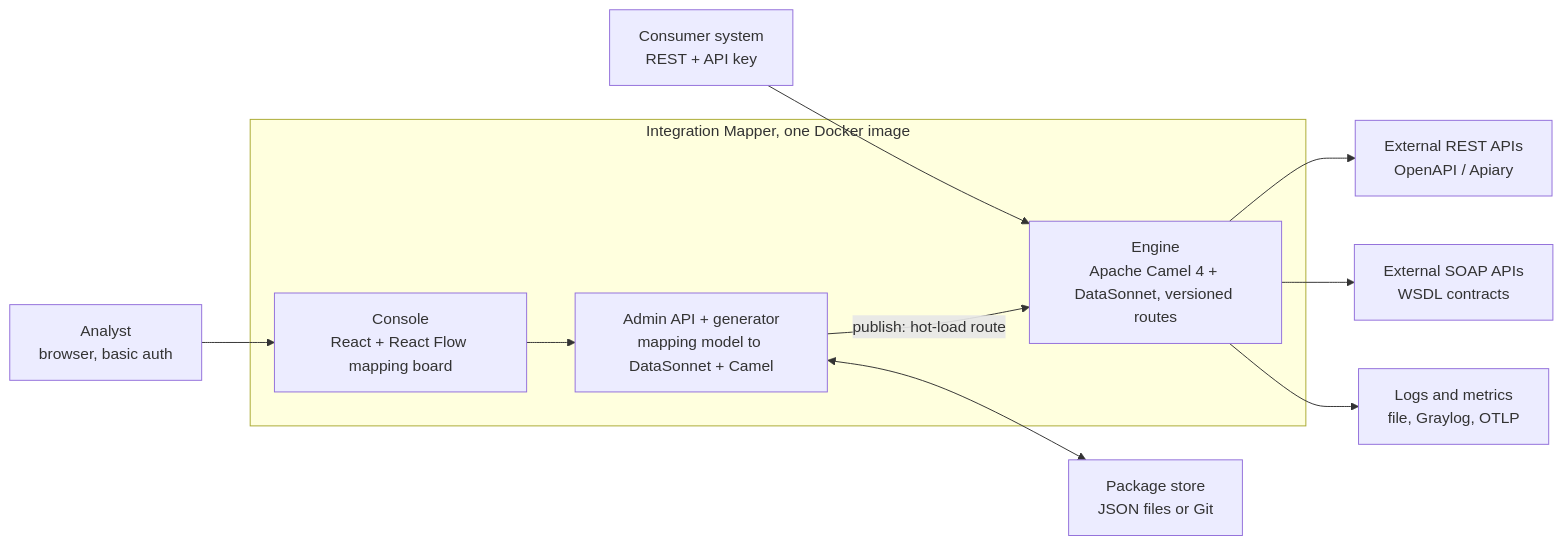
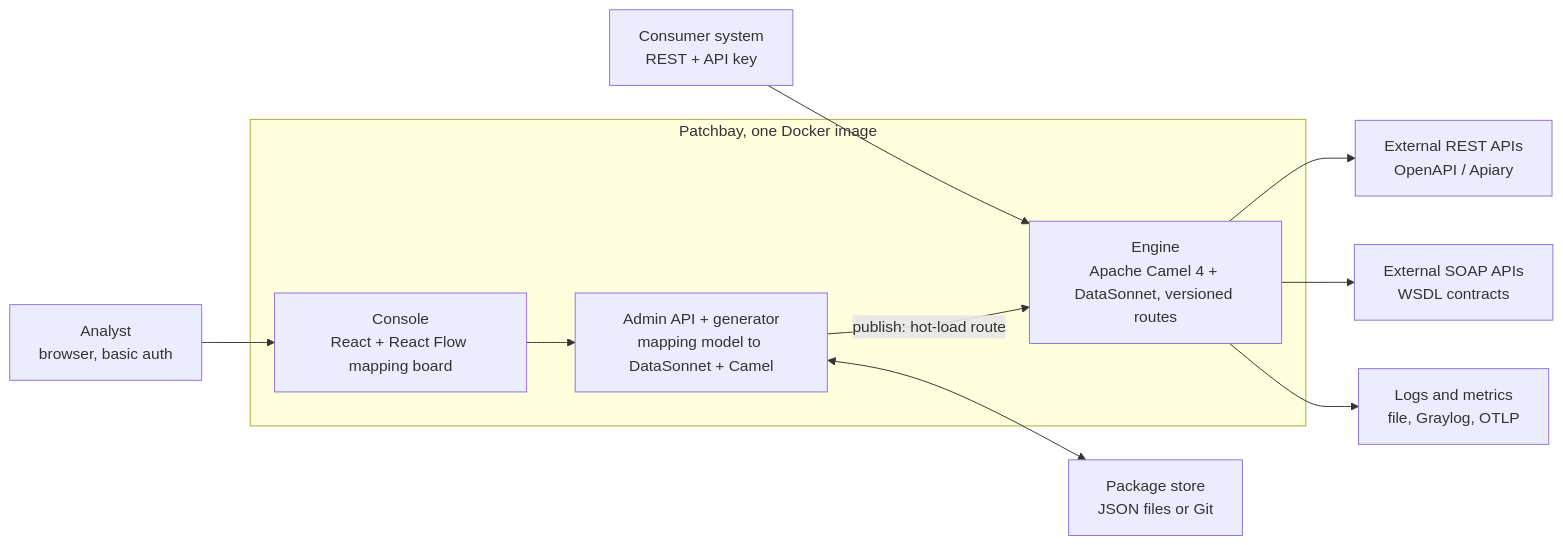
The diagram in docs/integration-mapper-spec.md (krixerx/pathchbay), drawn with Mermaid before and after one commit. The commit also changed other lines of this file and 18 other files, not shown here.

````diff
--- a/docs/integration-mapper-spec.md
+++ b/docs/integration-mapper-spec.md
@@ -166,14 +166,14 @@
 ```mermaid
 flowchart LR
   analyst["Analyst<br/>browser, basic auth"] --> console
   consumer["Consumer system<br/>REST + API key"] --> engine
-  subgraph image["Integration Mapper, one Docker image"]
+  subgraph image["Patchbay, one Docker image"]
     console["Console<br/>React + React Flow mapping board"] --> admin
     admin["Admin API + generator<br/>mapping model to DataSonnet + Camel"] -- "publish: hot-load route" --> engine
     engine["Engine<br/>Apache Camel 4 + DataSonnet, versioned routes"]
   end
   admin <--> store["Package store<br/>JSON files or Git"]
   engine --> rest["External REST APIs<br/>OpenAPI / Apiary"]
   engine --> soap["External SOAP APIs<br/>WSDL contracts"]
   engine --> logs["Logs and metrics<br/>file, Graylog, OTLP"]
 ```
````
